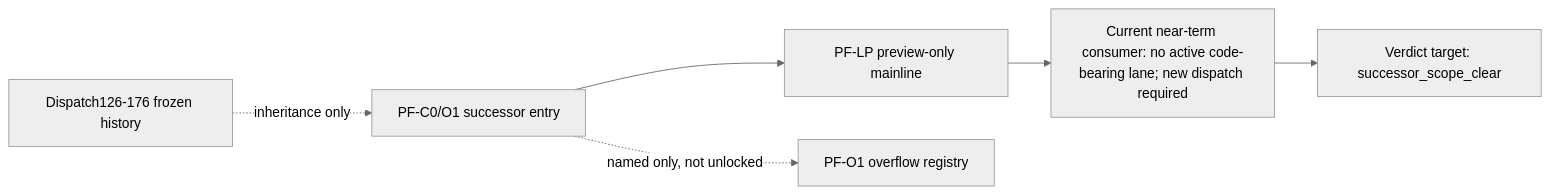
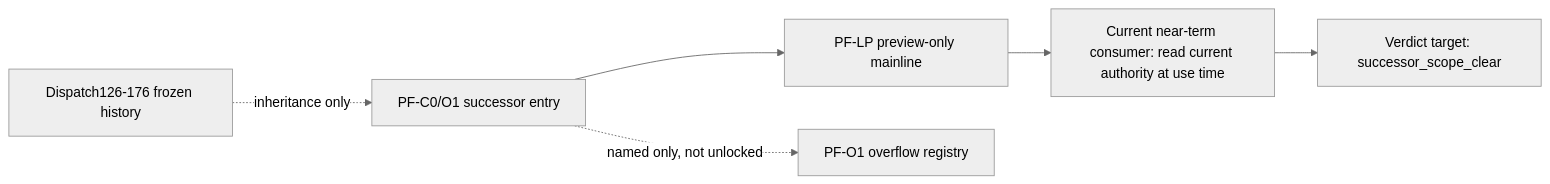
One commit to RayWong1990/ScoutFlow changed the diagram in docs/research/post-frozen/2026-05-08/W3E-PF-C0-O1/02-successor-scope-memo.md. Above: the diagram before and after it, drawn with Mermaid (neutral theme). The commit also changed other lines of this file and 1 other file, not shown here.

````diff
--- a/docs/research/post-frozen/2026-05-08/W3E-PF-C0-O1/02-successor-scope-memo.md
+++ b/docs/research/post-frozen/2026-05-08/W3E-PF-C0-O1/02-successor-scope-memo.md
@@ -37,8 +37,8 @@
 ```mermaid
 flowchart LR
   H["Dispatch126-176 frozen history"] -. inheritance only .-> A["PF-C0/O1 successor entry"]
   A --> B["PF-LP preview-only mainline"]
-  B --> C["Current near-term consumer: no active code-bearing lane; new dispatch required"]
+  B --> C["Current near-term consumer: read current authority at use time"]
   A -. named only, not unlocked .-> O["PF-O1 overflow registry"]
   C --> V["Verdict target: successor_scope_clear"]
 ```
````
